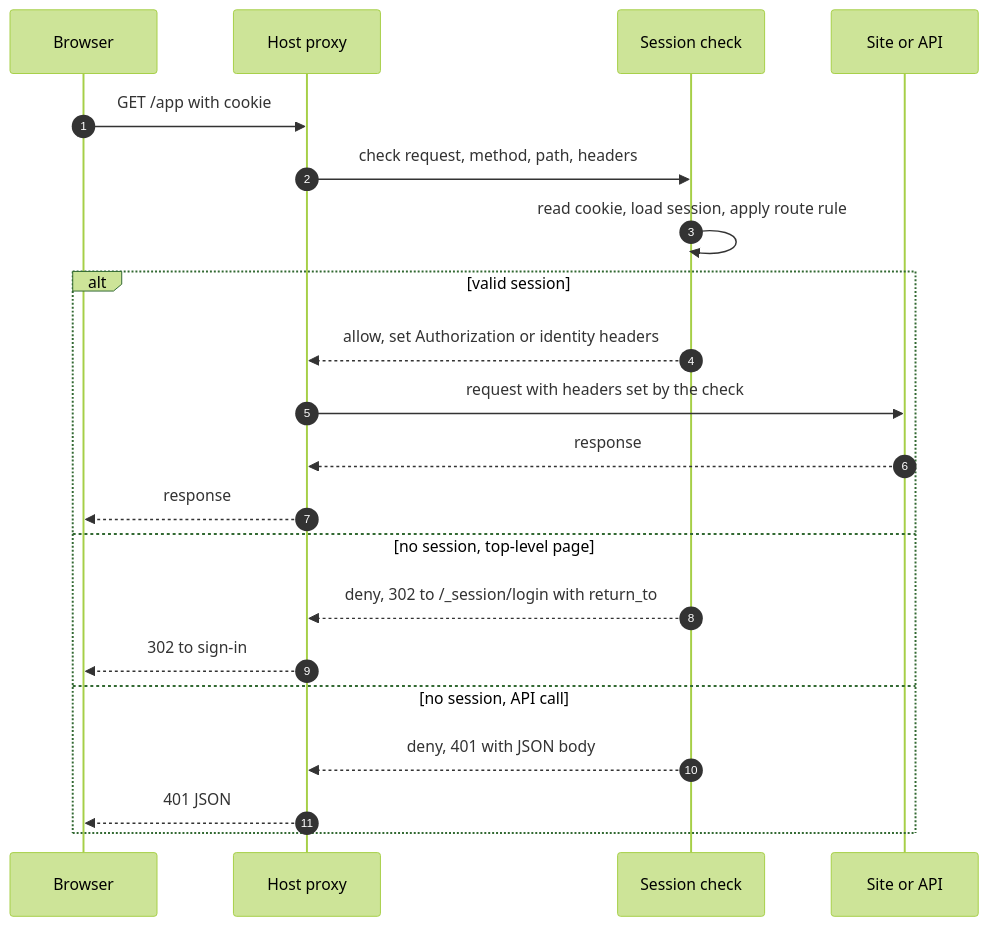
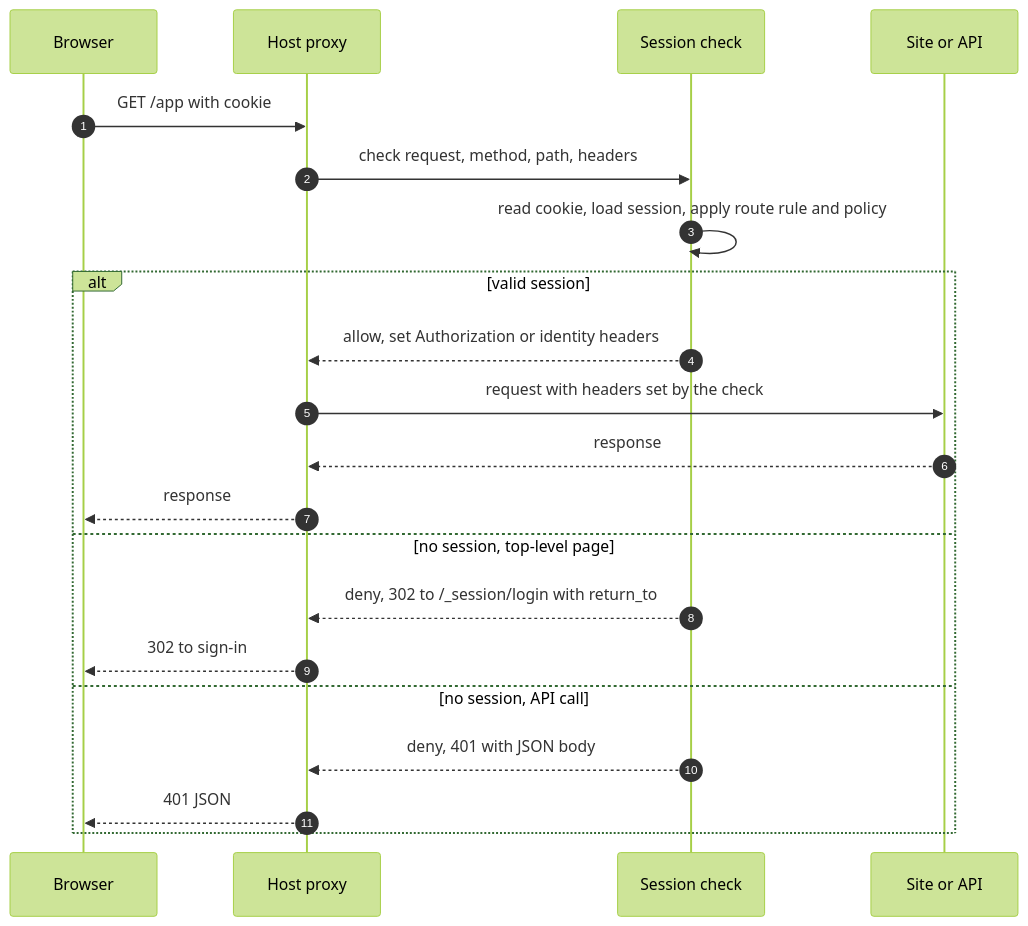
One commit to truvity/session changed the first of 4 diagrams in docs/design.md. Above: the diagram before and after it, drawn with Mermaid (forest theme). The commit also changed other lines of this file and 34 other files, not shown here.

````diff
--- a/docs/design.md
+++ b/docs/design.md
@@ -56,24 +57,24 @@
 ```mermaid
 sequenceDiagram
     autonumber
     participant B as Browser
     participant P as Host proxy
     participant S as Session check
     participant A as Site or API
 
     B->>P: GET /app with cookie
     P->>S: check request, method, path, headers
-    S->>S: read cookie, load session, apply route rule
+    S->>S: read cookie, load session, apply route rule and policy
     alt valid session
         S-->>P: allow, set Authorization or identity headers
         P->>A: request with headers set by the check
         A-->>P: response
         P-->>B: response
     else no session, top-level page
         S-->>P: deny, 302 to /_session/login with return_to
         P-->>B: 302 to sign-in
     else no session, API call
         S-->>P: deny, 401 with JSON body
         P-->>B: 401 JSON
     end
 ```
````
